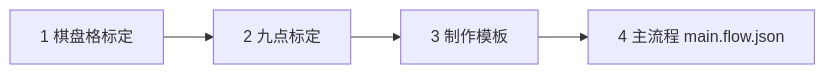
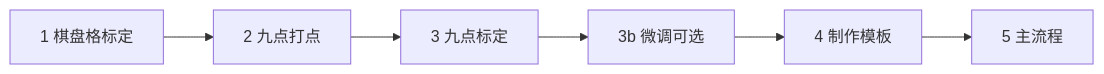
One commit to hucunzhen/calibrate-api changed the diagram in flows/README_workflow_guide.md. Above: the diagram before and after it, drawn with Mermaid. The commit also changed other lines of this file and 38 other files, not shown here.

First line of the commit message:
Add lattice weld sequencing and tighten flow/role tooling.

````diff
--- a/flows/README_workflow_guide.md
+++ b/flows/README_workflow_guide.md
@@ -11,6 +13,8 @@
 ```mermaid
 flowchart LR
-  A[1 棋盘格标定] --> B[2 九点标定]
-  B --> C[3 制作模板]
-  C --> D[4 主流程 main.flow.json]
+  A[1 棋盘格标定] --> B[2 九点打点]
+  B --> C[3 九点标定]
+  C --> D[3b 微调可选]
+  D --> E[4 制作模板]
+  E --> F[5 主流程]
 ```
````
